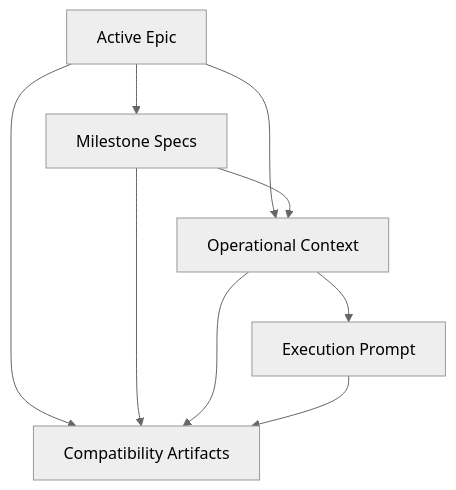
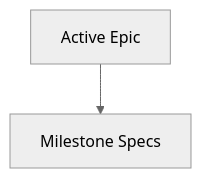
One commit to DeclanDarcy/LoopRelay changed the diagram in docs/roadmap-execution-preparation-provenance.md. Above: the diagram before and after it, drawn with Mermaid (neutral theme). The commit also changed other lines of this file and 21 other files, not shown here.

````diff
--- a/docs/roadmap-execution-preparation-provenance.md
+++ b/docs/roadmap-execution-preparation-provenance.md
@@ -15,11 +14,4 @@
 ```mermaid
 flowchart TD
     A["Active Epic"] --> B["Milestone Specs"]
-    A --> C["Operational Context"]
-    B --> C
-    C --> D["Execution Prompt"]
-    A --> E["Compatibility Artifacts"]
-    B --> E
-    C --> E
-    D --> E
 ```
````
